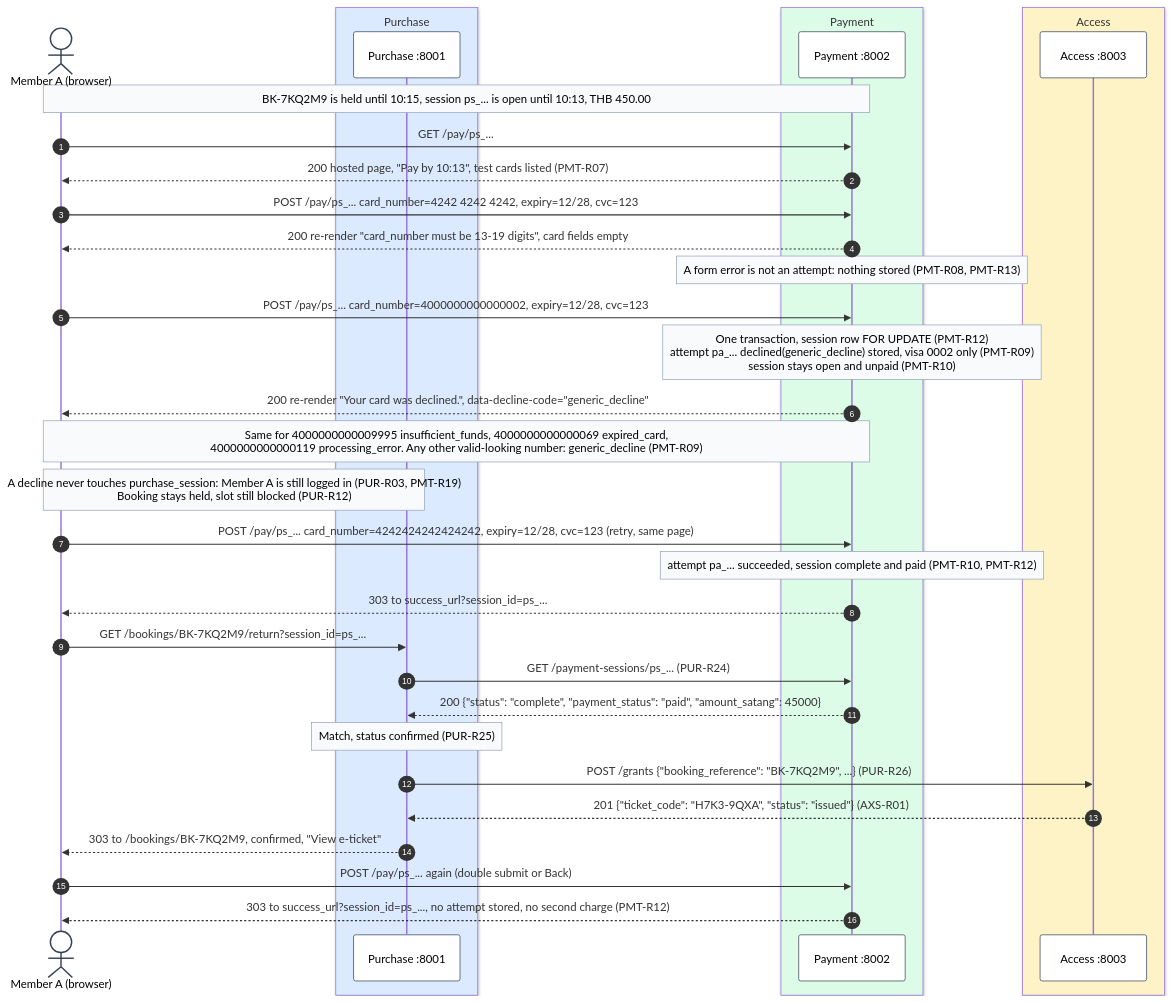
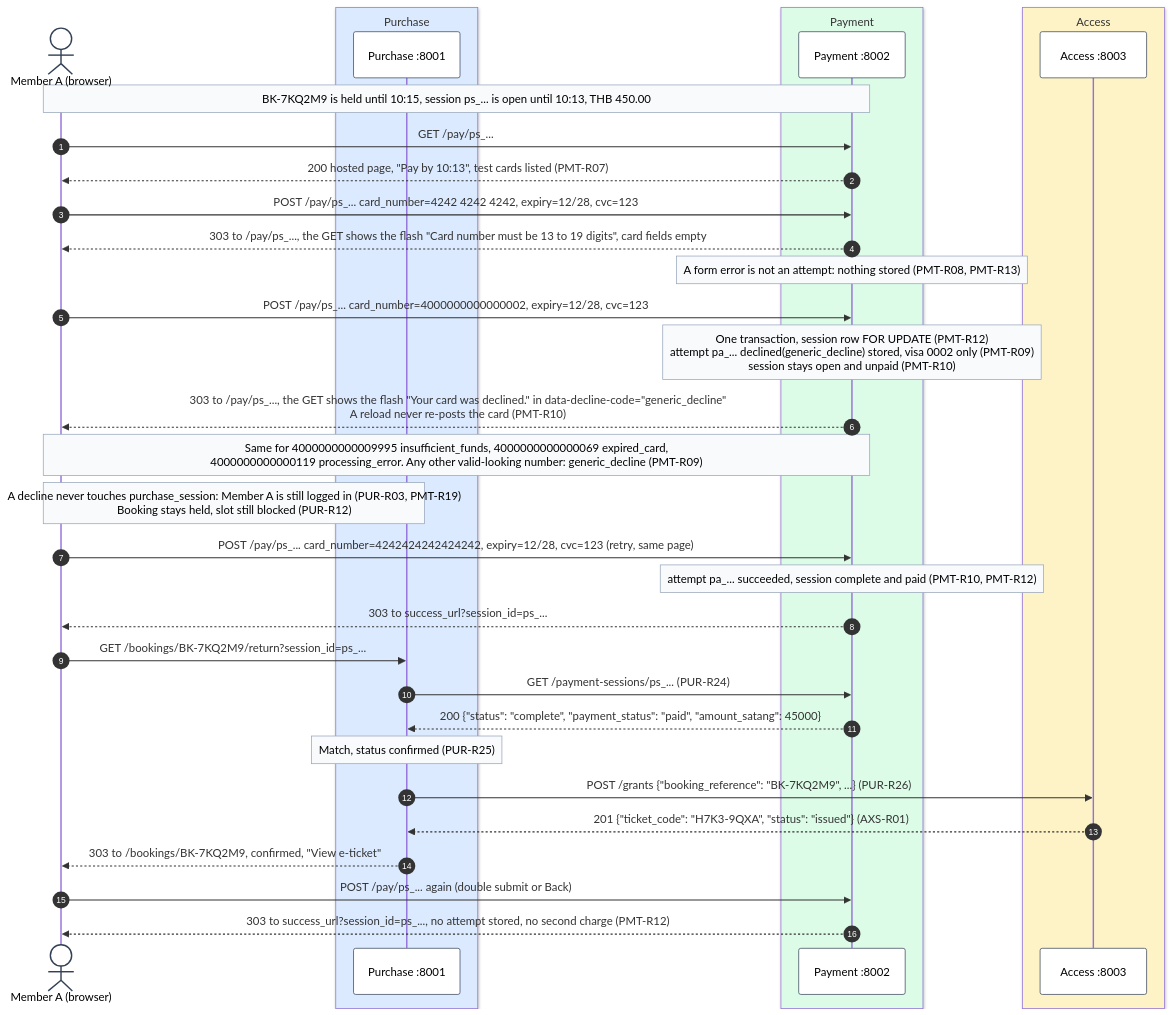
The diagram in diagrams/seq-decline-retry.mmd (JedizR/cowork-booking-docs), drawn with Mermaid before and after one commit. The commit also changed 55 other files, not shown here.

```diff
--- a/diagrams/seq-decline-retry.mmd
+++ b/diagrams/seq-decline-retry.mmd
@@ -1,36 +1,36 @@
 %%{init: {"themeVariables": {"actorBkg": "#ffffff", "actorBorder": "#334155", "noteBkgColor": "#f8fafc", "noteBorderColor": "#94a3b8"}}}%%
 sequenceDiagram
   autonumber
   actor B as Member A (browser)
   box rgb(219,234,254) Purchase
     participant P as Purchase :8001
   end
   box rgb(220,252,231) Payment
     participant PAY as Payment :8002
   end
   box rgb(254,243,199) Access
     participant AXS as Access :8003
   end
   Note over B,PAY: BK-7KQ2M9 is held until 10:15, session ps_... is open until 10:13, THB 450.00
   B->>PAY: GET /pay/ps_...
   PAY-->>B: 200 hosted page, "Pay by 10:13", test cards listed (PMT-R07)
   B->>PAY: POST /pay/ps_... card_number=4242 4242 4242, expiry=12/28, cvc=123
-  PAY-->>B: 200 re-render "card_number must be 13-19 digits", card fields empty
+  PAY-->>B: 303 to /pay/ps_..., the GET shows the flash "Card number must be 13 to 19 digits", card fields empty
   Note over PAY: A form error is not an attempt: nothing stored (PMT-R08, PMT-R13)
   B->>PAY: POST /pay/ps_... card_number=4000000000000002, expiry=12/28, cvc=123
   Note over PAY: One transaction, session row FOR UPDATE (PMT-R12)<br/>attempt pa_... declined(generic_decline) stored, visa 0002 only (PMT-R09)<br/>session stays open and unpaid (PMT-R10)
-  PAY-->>B: 200 re-render "Your card was declined.", data-decline-code="generic_decline"
+  PAY-->>B: 303 to /pay/ps_..., the GET shows the flash "Your card was declined." in data-decline-code="generic_decline"<br/>A reload never re-posts the card (PMT-R10)
   Note over B,PAY: Same for 4000000000009995 insufficient_funds, 4000000000000069 expired_card,<br/>4000000000000119 processing_error. Any other valid-looking number: generic_decline (PMT-R09)
   Note over B,P: A decline never touches purchase_session: Member A is still logged in (PUR-R03, PMT-R19)<br/>Booking stays held, slot still blocked (PUR-R12)
   B->>PAY: POST /pay/ps_... card_number=4242424242424242, expiry=12/28, cvc=123 (retry, same page)
   Note over PAY: attempt pa_... succeeded, session complete and paid (PMT-R10, PMT-R12)
   PAY-->>B: 303 to success_url?session_id=ps_...
   B->>P: GET /bookings/BK-7KQ2M9/return?session_id=ps_...
   P->>PAY: GET /payment-sessions/ps_... (PUR-R24)
   PAY-->>P: 200 {"status": "complete", "payment_status": "paid", "amount_satang": 45000}
   Note over P: Match, status confirmed (PUR-R25)
   P->>AXS: POST /grants {"booking_reference": "BK-7KQ2M9", ...} (PUR-R26)
   AXS-->>P: 201 {"ticket_code": "H7K3-9QXA", "status": "issued"} (AXS-R01)
   P-->>B: 303 to /bookings/BK-7KQ2M9, confirmed, "View e-ticket"
   B->>PAY: POST /pay/ps_... again (double submit or Back)
   PAY-->>B: 303 to success_url?session_id=ps_..., no attempt stored, no second charge (PMT-R12)
```
